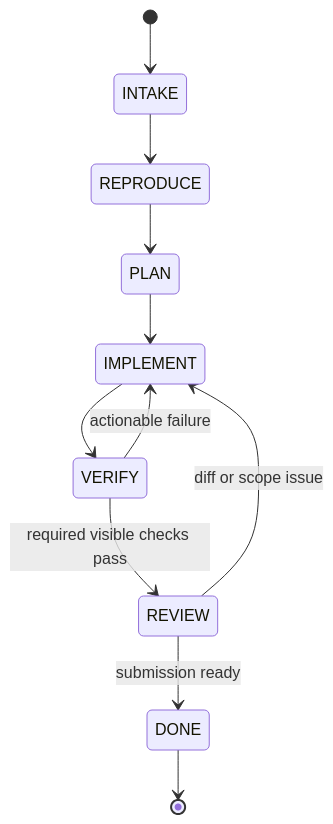
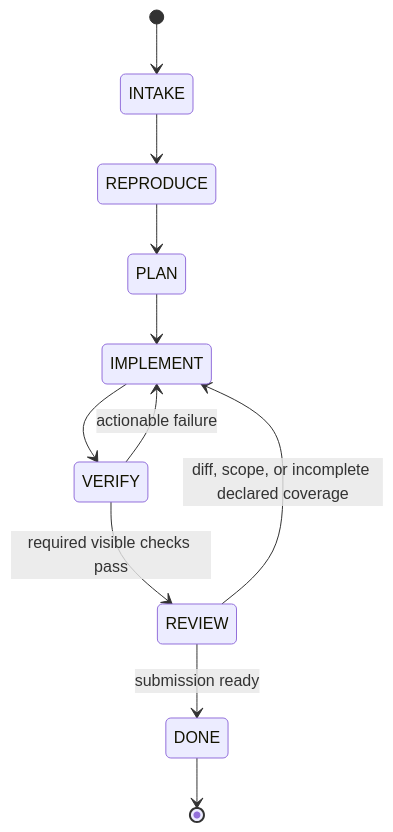
The second of 2 diagrams in docs/02-architecture.md (woojune511/patchloop-agent), drawn with Mermaid before and after one commit. The commit also changed other lines of this file and 27 other files, not shown here.

Commit message:
feat: add V10 public coverage review gate

````diff
--- a/docs/02-architecture.md
+++ b/docs/02-architecture.md
@@ -76,13 +76,13 @@
 ```mermaid
 stateDiagram-v2
     [*] --> INTAKE
     INTAKE --> REPRODUCE
     REPRODUCE --> PLAN
     PLAN --> IMPLEMENT
     IMPLEMENT --> VERIFY
     VERIFY --> REVIEW: required visible checks pass
     VERIFY --> IMPLEMENT: actionable failure
-    REVIEW --> IMPLEMENT: diff or scope issue
+    REVIEW --> IMPLEMENT: diff, scope, or incomplete declared coverage
     REVIEW --> DONE: submission ready
     DONE --> [*]
 ```
````
